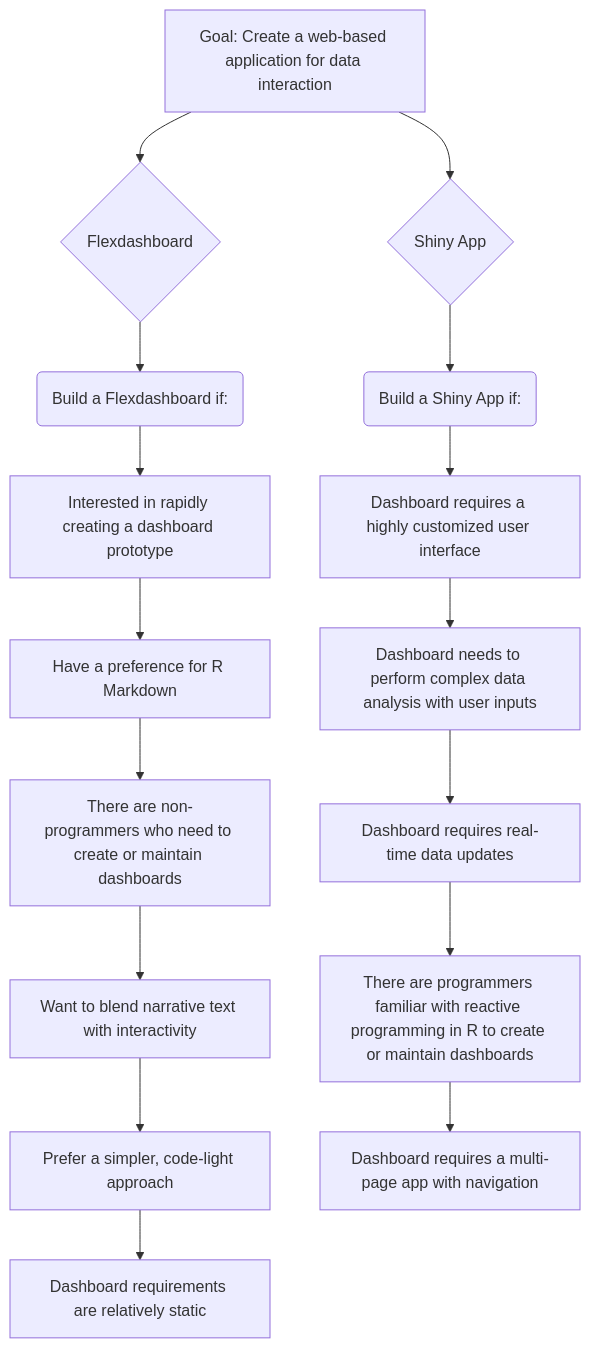
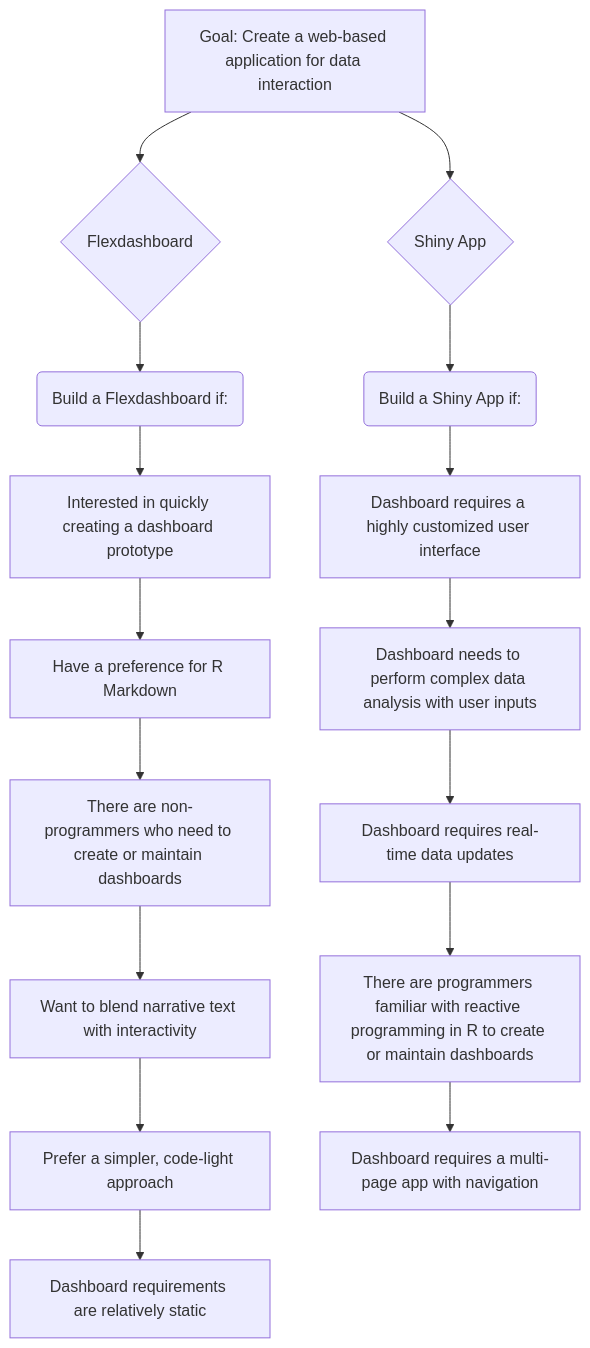
One commit to NCEAS/nceas-training changed the diagram in materials/sections/visualization-flexdashboard-intro.qmd. Above: the diagram before and after it, drawn with Mermaid. The commit also changed other lines of this file, not shown here.

````diff
--- a/materials/sections/visualization-flexdashboard-intro.qmd
+++ b/materials/sections/visualization-flexdashboard-intro.qmd
@@ -24,20 +30,24 @@
 ```{mermaid}
+%%| fig-width: '100%'
+%%| fig-height: '100%'
 flowchart TD
     A[Goal: Create a web-based application for data interaction]
     A --> B{Shiny App}
     A --> C{Flexdashboard}
     C --> D(Build a Flexdashboard if:)
     B --> E(Build a Shiny App if:)
-    D --> F[Interested in rapidly creating a dashboard prototype]
+    D --> F[Interested in quickly creating a dashboard prototype]
     F --> G[Have a preference for R Markdown]
     G --> H[There are non-programmers who need to create or maintain dashboards]
     H --> I[Want to blend narrative text with interactivity]
     I --> J[Prefer a simpler, code-light approach]
     J --> K[Dashboard requirements are relatively static]
     E --> L[Dashboard requires a highly customized user interface]
     L --> M[Dashboard needs to perform complex data analysis with user inputs]
     M --> N[Dashboard requires real-time data updates]
     N --> O[There are programmers familiar with reactive programming in R to create or maintain dashboards]
     O --> P[Dashboard requires a multi-page app with navigation]
+    
+    
 
 ```
````
